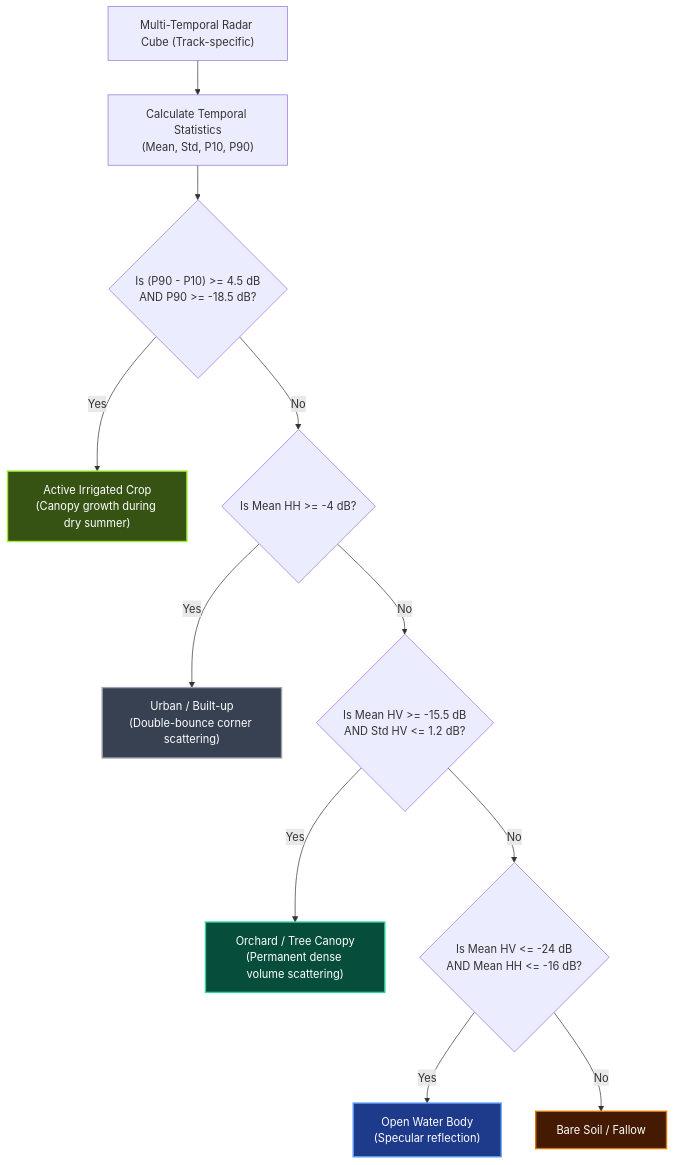
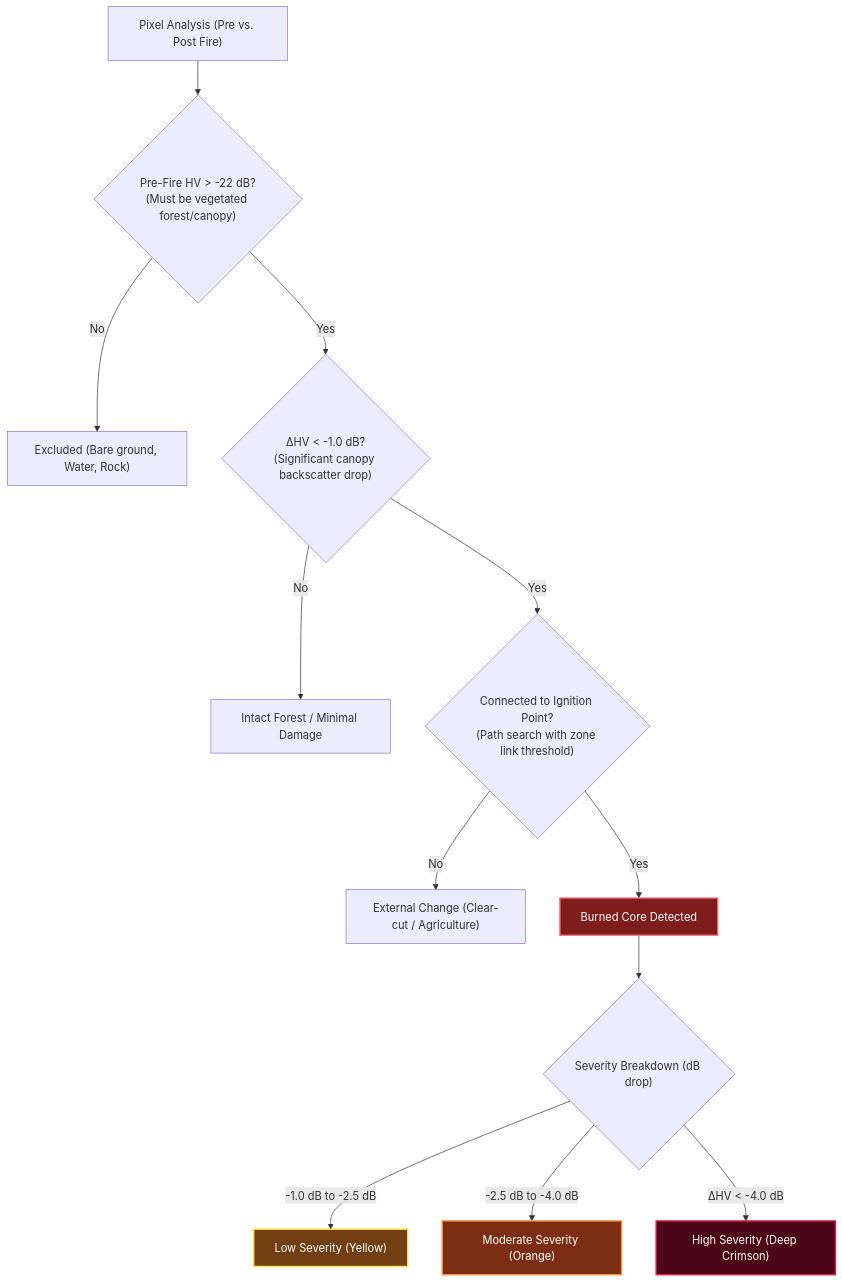
Before and after one commit to Abdelouahedb/NASASPACEAPP: the second of 3 diagrams in README.md, drawn with Mermaid. The commit also changed other lines of this file, not shown here.

````diff
--- a/README.md
+++ b/README.md
@@ -83,23 +66,22 @@
 ```mermaid
 flowchart TD
-    TS["Multi-Temporal Radar Cube (Track-specific)"] --> Stats["Calculate Temporal Statistics<br/>(Mean, Std, P10, P90)"]
+    Pix["Pixel Analysis (Pre vs. Post Fire)"] --> PreCheck{"Pre-Fire HV > -22 dB?<br/>(Must be vegetated forest/canopy)"}
+    PreCheck -- No --> NonVeg["Excluded (Bare ground, Water, Rock)"]
+    PreCheck -- Yes --> DropCheck{"ΔHV < -1.0 dB?<br/>(Significant canopy backscatter drop)"}
     
-    Stats --> Q1{"Is (P90 - P10) >= 4.5 dB<br/>AND P90 >= -18.5 dB?"}
-    Q1 -- Yes --> C4["Active Irrigated Crop<br/>(Canopy growth during dry summer)"]
-    Q1 -- No --> Q2{"Is Mean HH >= -4 dB?"}
+    DropCheck -- No --> Intact["Intact Forest / Minimal Damage"]
+    DropCheck -- Yes --> Cluster{"Connected to Ignition Point?<br/>(Path search with zone link threshold)"}
     
-    Q2 -- Yes --> C2["Urban / Built-up<br/>(Double-bounce corner scattering)"]
-    Q2 -- No --> Q3{"Is Mean HV >= -15.5 dB<br/>AND Std HV <= 1.2 dB?"}
-    
-    Q3 -- Yes --> C3["Orchard / Tree Canopy<br/>(Permanent dense volume scattering)"]
-    Q3 -- No --> Q4{"Is Mean HV <= -24 dB<br/>AND Mean HH <= -16 dB?"}
-    
-    Q4 -- Yes --> C1["Open Water Body<br/>(Specular reflection)"]
-    Q4 -- No --> C5["Bare Soil / Fallow"]
+    Cluster -- No --> ExcludePatch["External Change (Clear-cut / Agriculture)"]
+    Cluster -- Yes --> Burned["Burned Core Detected"]
 
-    style C4 fill:#365314,stroke:#a3e635,stroke-width:2px,color:#fff
-    style C1 fill:#1e3a8a,stroke:#60a5fa,stroke-width:2px,color:#fff
-    style C3 fill:#064e3b,stroke:#34d399,stroke-width:2px,color:#fff
-    style C2 fill:#374151,stroke:#9ca3af,stroke-width:2px,color:#fff
-    style C5 fill:#451a03,stroke:#d97706,stroke-width:2px,color:#fff
+    Burned --> Severity{"Severity Breakdown (dB drop)"}
+    Severity -->|"-1.0 dB to -2.5 dB"| SevLow["Low Severity (Yellow)"]
+    Severity -->|"-2.5 dB to -4.0 dB"| SevMod["Moderate Severity (Orange)"]
+    Severity -->|"ΔHV < -4.0 dB"| SevHigh["High Severity (Deep Crimson)"]
+
+    style Burned fill:#7f1d1d,stroke:#f87171,stroke-width:2px,color:#fff
+    style SevLow fill:#713f12,stroke:#fde047,stroke-width:2px,color:#fff
+    style SevMod fill:#7c2d12,stroke:#fb923c,stroke-width:2px,color:#fff
+    style SevHigh fill:#4c0519,stroke:#e11d48,stroke-width:2px,color:#fff
 ```
````
